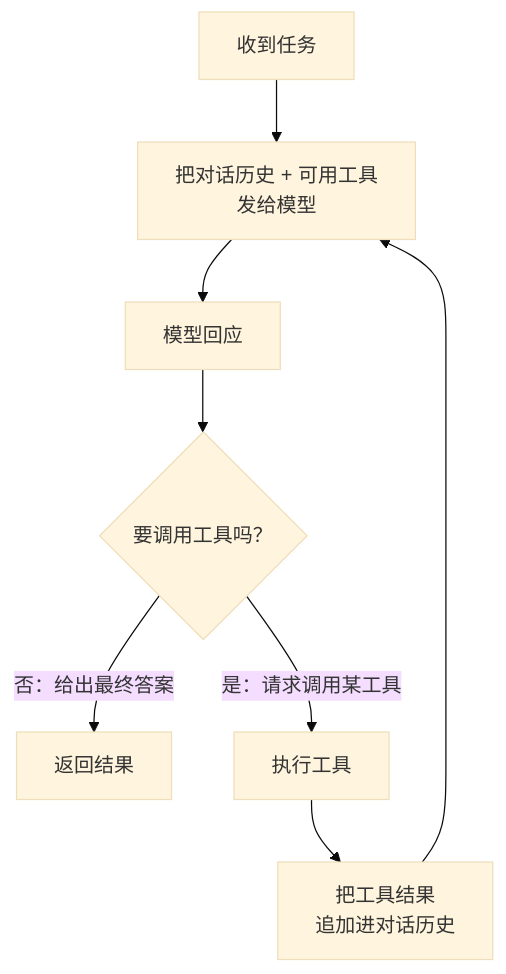
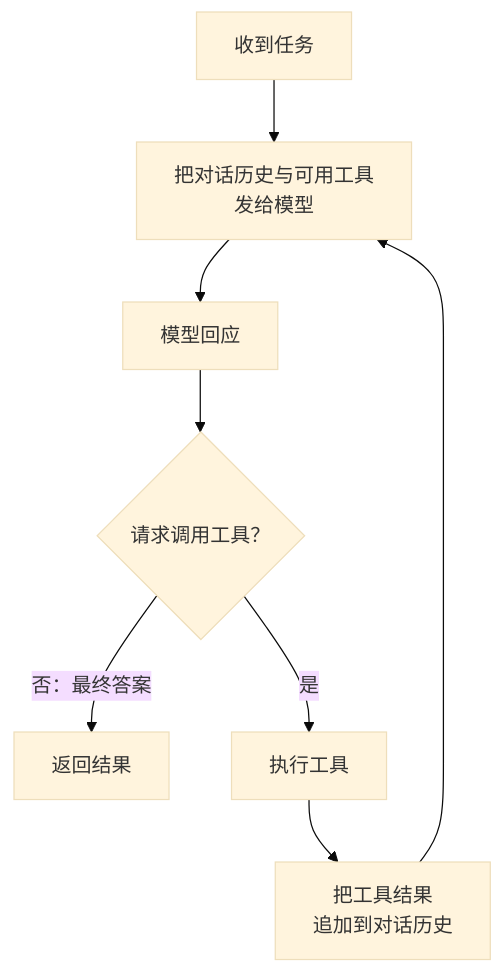
The diagram in book/zh-cn/part6hetero/ch21agent/loop.md (golang-design/under-the-hood), drawn with Mermaid (base theme) before and after one commit. The commit also changed other lines of this file and 3 other files, not shown here.

````diff
--- a/book/zh-cn/part6hetero/ch21agent/loop.md
+++ b/book/zh-cn/part6hetero/ch21agent/loop.md
@@ -18,10 +36,10 @@
 ```mermaid
 flowchart TD
-    start["收到任务"] --> ctx["把对话历史 + 可用工具<br/>发给模型"]
+    start["收到任务"] --> ctx["把对话历史与可用工具<br/>发给模型"]
     ctx --> model["模型回应"]
-    model --> branch{"要调用工具吗？"}
-    branch -->|"否：给出最终答案"| done["返回结果"]
-    branch -->|"是：请求调用某工具"| tool["执行工具"]
-    tool --> append["把工具结果<br/>追加进对话历史"]
+    model --> branch{"请求调用工具？"}
+    branch -->|"否：最终答案"| done["返回结果"]
+    branch -->|"是"| tool["执行工具"]
+    tool --> append["把工具结果<br/>追加到对话历史"]
     append --> ctx
 ```
````
